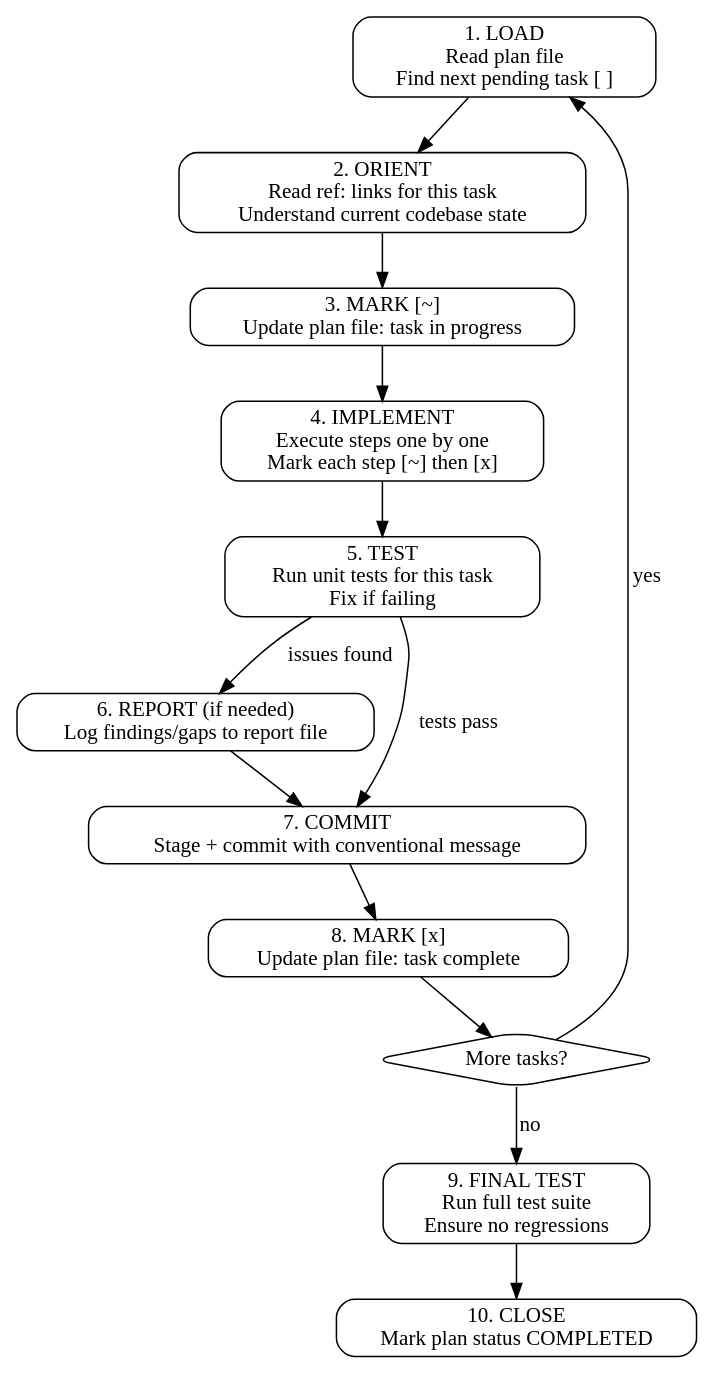
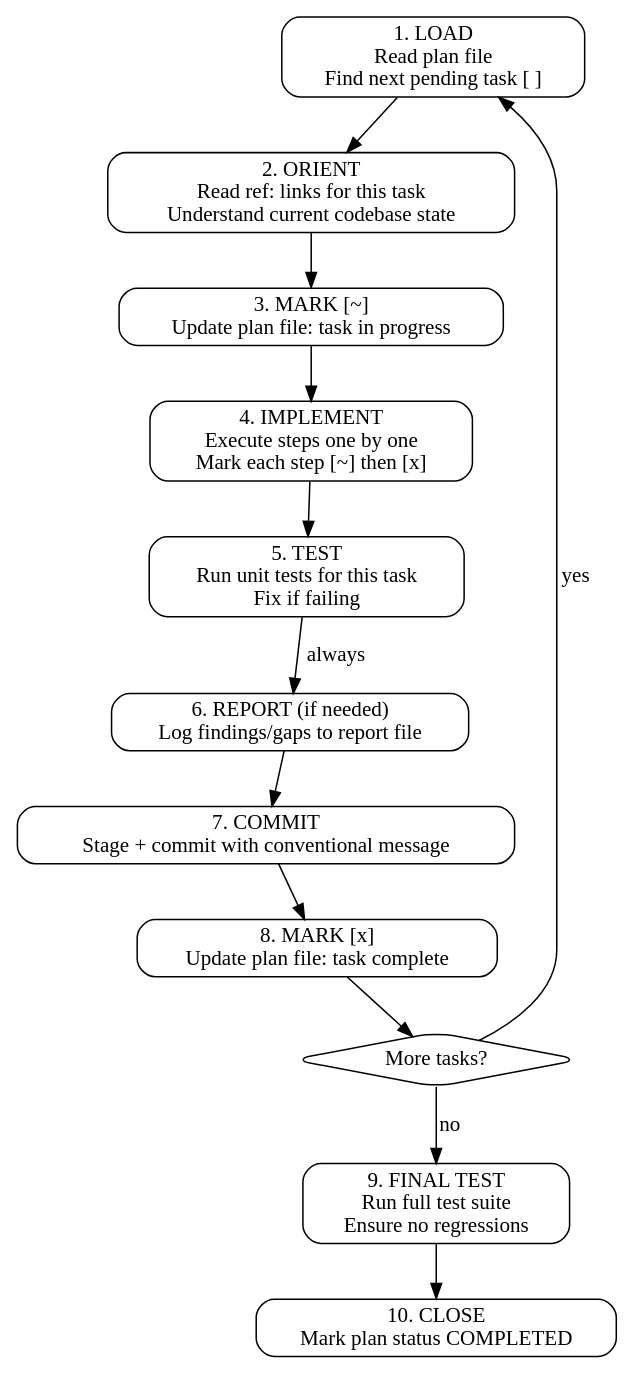
Before and after one commit to quenzvezda/solusi-erp: the first of 3 diagrams in .claude/skills/execute-plan/SKILL.md, drawn with Graphviz. The commit also changed other lines of this file, not shown here.

First line of the commit message:
refactor(skills): make report mandatory and add sub-agent delegation mode

````diff
--- a/.claude/skills/execute-plan/SKILL.md
+++ b/.claude/skills/execute-plan/SKILL.md
@@ -37,27 +37,26 @@
 ```dot
 digraph execute_workflow {
     rankdir=TB;
     node [shape=box, style=rounded];
 
     load [label="1. LOAD\nRead plan file\nFind next pending task [ ]"];
     orient [label="2. ORIENT\nRead ref: links for this task\nUnderstand current codebase state"];
     mark_start [label="3. MARK [~]\nUpdate plan file: task in progress"];
     implement [label="4. IMPLEMENT\nExecute steps one by one\nMark each step [~] then [x]"];
     test [label="5. TEST\nRun unit tests for this task\nFix if failing"];
     report [label="6. REPORT (if needed)\nLog findings/gaps to report file"];
     commit [label="7. COMMIT\nStage + commit with conventional message"];
     mark_done [label="8. MARK [x]\nUpdate plan file: task complete"];
     more [label="More tasks?" shape=diamond];
     final_test [label="9. FINAL TEST\nRun full test suite\nEnsure no regressions"];
     close [label="10. CLOSE\nMark plan status COMPLETED"];
 
     load -> orient -> mark_start -> implement -> test;
-    test -> report [label="issues found"];
-    test -> commit [label="tests pass"];
+    test -> report [label="always"];
     report -> commit;
     commit -> mark_done -> more;
     more -> load [label="yes"];
     more -> final_test [label="no"];
     final_test -> close;
 }
 ```
````
